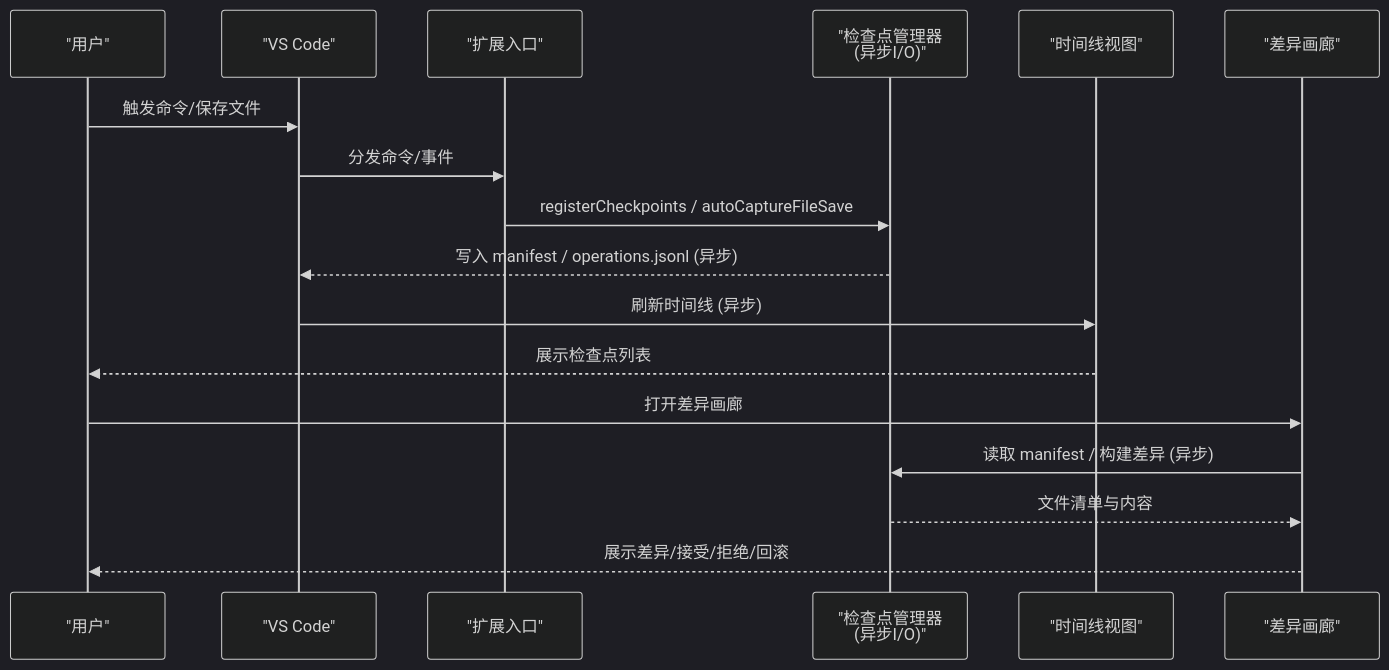
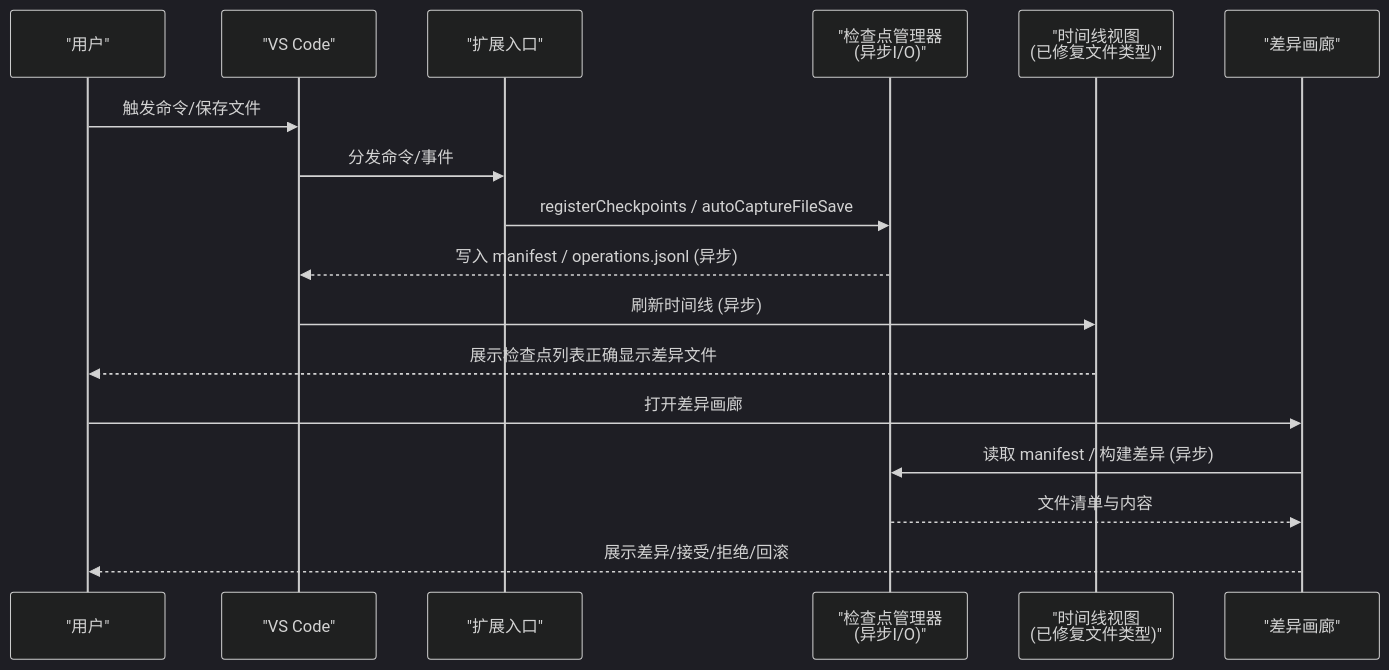
One commit to sofate798/KodrixCode changed the second of 6 diagrams in .qoder/repowiki/zh/content/架构设计/Agent 操作系统架构/检查点可视化系统.md. Above: the diagram before and after it, drawn with Mermaid (dark theme). The commit also changed other lines of this file and 12 other files, not shown here.

````diff
--- a/.qoder/repowiki/zh/content/架构设计/Agent 操作系统架构/检查点可视化系统.md
+++ b/.qoder/repowiki/zh/content/架构设计/Agent 操作系统架构/检查点可视化系统.md
@@ -91,19 +90,19 @@
 ```mermaid
 sequenceDiagram
 participant U as "用户"
 participant VS as "VS Code"
 participant EXT as "扩展入口"
 participant M as "检查点管理器<br/>(异步I/O)"
-participant T as "时间线视图"
+participant T as "时间线视图<br/>(已修复文件类型)"
 participant G as "差异画廊"
 U->>VS : 触发命令/保存文件
 VS->>EXT : 分发命令/事件
 EXT->>M : registerCheckpoints / autoCaptureFileSave
 M-->>VS : 写入 manifest / operations.jsonl (异步)
 VS->>T : 刷新时间线 (异步)
-T-->>U : 展示检查点列表
+T-->>U : 展示检查点列表正确显示差异文件
 U->>G : 打开差异画廊
 G->>M : 读取 manifest / 构建差异 (异步)
 M-->>G : 文件清单与内容
 G-->>U : 展示差异/接受/拒绝/回滚
 ```
````
